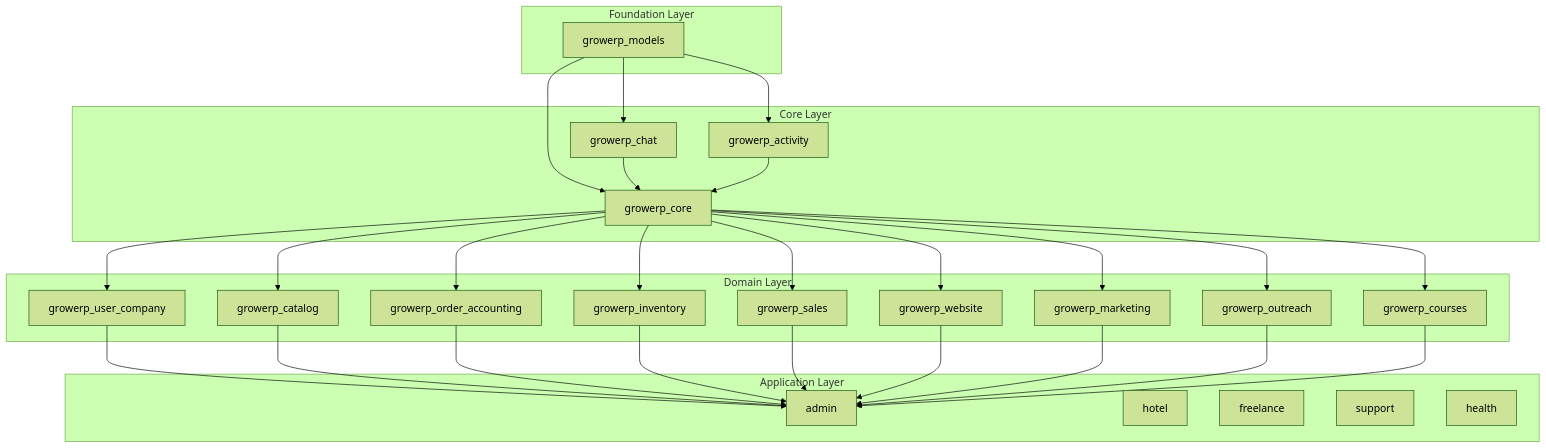
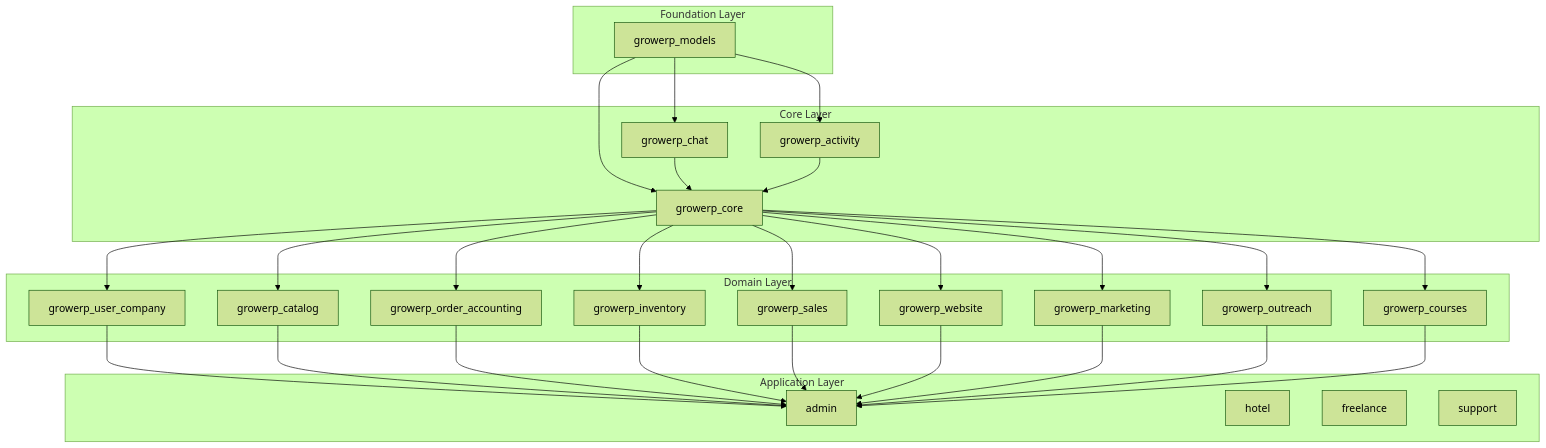
Before and after one commit to growerp/growerp: the diagram in docs/GrowERP_Package_Organization.md, drawn with Mermaid (forest theme). The commit also changed other lines of this file and 207 other files, not shown here.

````diff
--- a/docs/GrowERP_Package_Organization.md
+++ b/docs/GrowERP_Package_Organization.md
@@ -12,58 +12,57 @@
 ```mermaid
 graph TB
     subgraph "Foundation Layer"
         models[growerp_models]
     end
     
     subgraph "Core Layer"
         chat[growerp_chat]
         activity[growerp_activity]
         core[growerp_core]
     end
     
     subgraph "Domain Layer"
         user_company[growerp_user_company]
         catalog[growerp_catalog]
         order_accounting[growerp_order_accounting]
         inventory[growerp_inventory]
         sales[growerp_sales]
         website[growerp_website]
         marketing[growerp_marketing]
         outreach[growerp_outreach]
         courses[growerp_courses]
     end
     
     subgraph "Application Layer"
         admin[admin]
         hotel[hotel]
         freelance[freelance]
         support[support]
-        health[health]
     end
     
     models --> chat
     models --> activity
     models --> core
     chat --> core
     activity --> core
     
     core --> user_company
     core --> catalog
     core --> order_accounting
     core --> inventory
     core --> sales
     core --> website
     core --> marketing
     core --> outreach
     core --> courses
     
     user_company --> admin
     catalog --> admin
     order_accounting --> admin
     inventory --> admin
     sales --> admin
     website --> admin
     marketing --> admin
     outreach --> admin
     courses --> admin
 ```
````
